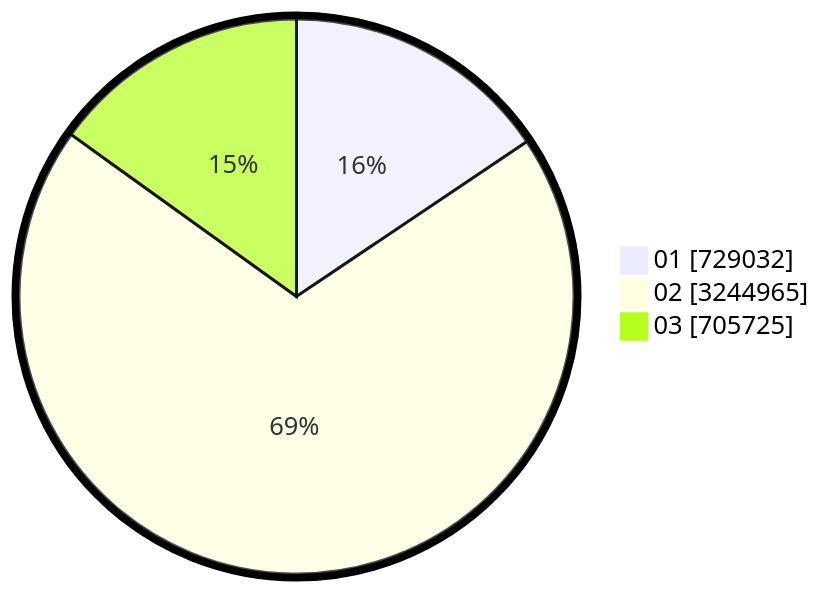
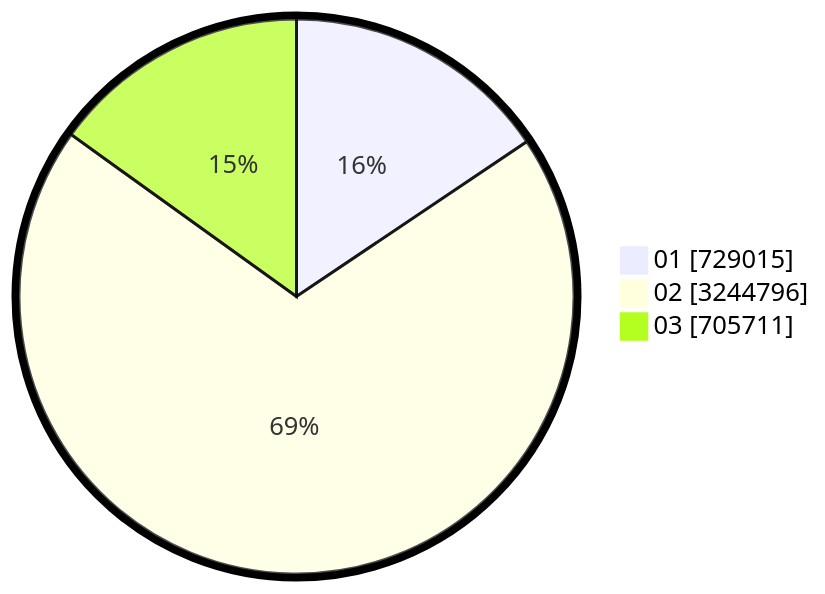
The second of 2 diagrams in pilpres/hitung-suara/sub/table-wilayah-18.md (gigit-pemilu/pemilu-2024), drawn with Mermaid before and after one commit. The commit also changed other lines of this file and 8 other files, not shown here.

````diff
--- a/pilpres/hitung-suara/sub/table-wilayah-18.md
+++ b/pilpres/hitung-suara/sub/table-wilayah-18.md
@@ -15,7 +15,7 @@
 ```mermaid
 %%{init: {"pie": {"textPosition": 0.5}, "themeVariables": {"pieOuterStrokeWidth": "5px"}} }%%
 pie showData
-    "01" : 729032
-    "02" : 3244965
-    "03" : 705725
+    "01" : 729015
+    "02" : 3244796
+    "03" : 705711
 ```
````
